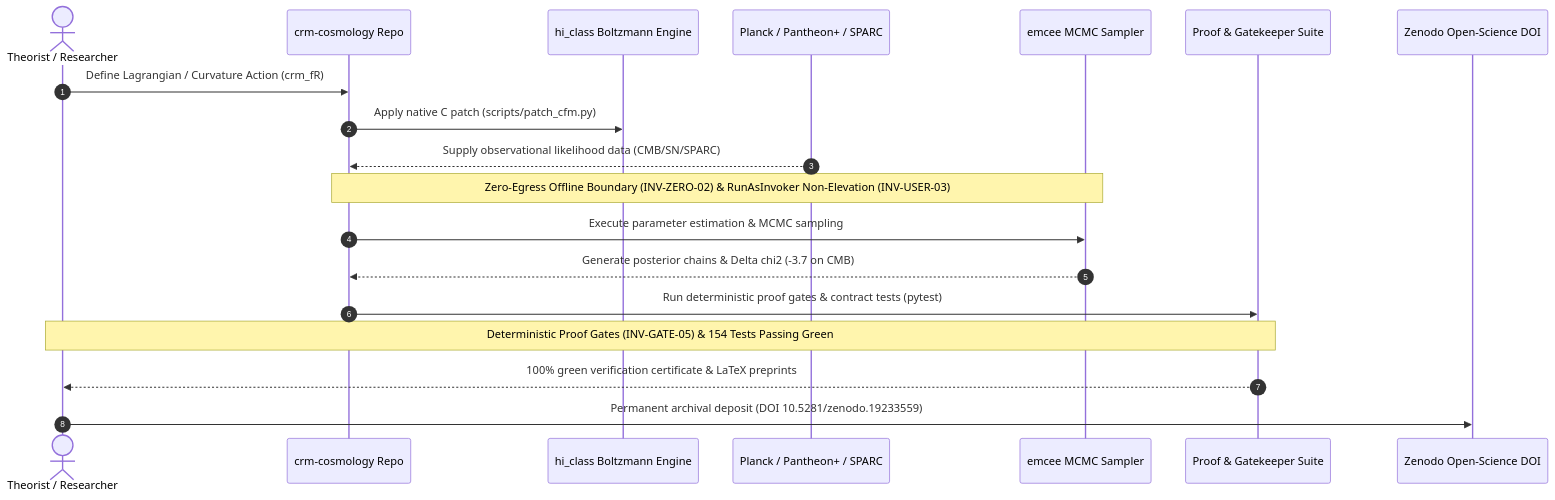
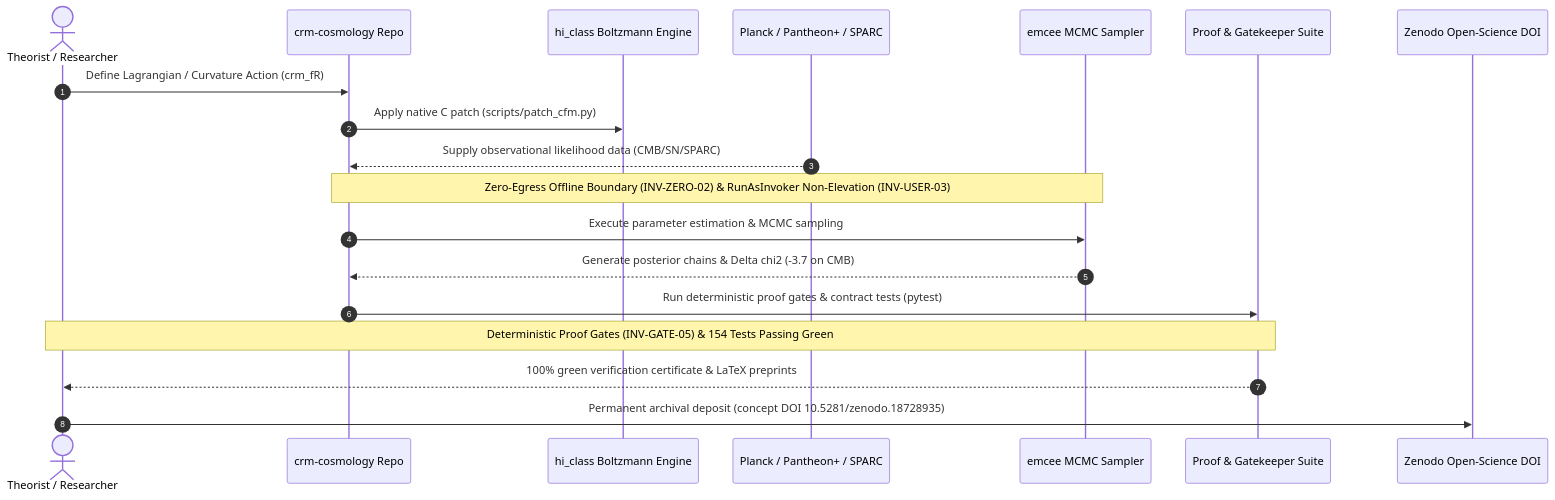
Before and after one commit to research-line/crm-cosmology: the second of 2 diagrams in README.md, drawn with Mermaid. The commit also changed other lines of this file and 2 other files, not shown here.

Commit message:
docs: point README/llms.txt to the live Zenodo v8.4 record
README.md, README_de.md and llms.txt still named Zenodo v7.0
(10.5281/zenodo.19233559) as the latest record, while CITATION.cff and
the live concept record already resolve to v8.4 (10.5281/zenodo.21946248,
published 2026-08-15; verified via the Zenodo API on 2026-11-14).
The sequence diagrams now cite the stable concept DOI 10.5281/zenodo.18728935.
The frozen Python package version 1.3.2 is unchanged.

Tests: 159 passed.

Claude-Session: https://claude.ai/code/session_01THB2EzapPwvqa6FGdfXZwN

````diff
--- a/README.md
+++ b/README.md
@@ -250,22 +250,22 @@
 ```mermaid
 sequenceDiagram
     autonumber
     actor Theorist as Theorist / Researcher
     participant Repo as crm-cosmology Repo
     participant Solver as hi_class Boltzmann Engine
     participant Data as Planck / Pantheon+ / SPARC
     participant Sampler as emcee MCMC Sampler
     participant Gates as Proof & Gatekeeper Suite
     participant Zenodo as Zenodo Open-Science DOI
 
     Theorist->>Repo: Define Lagrangian / Curvature Action (crm_fR)
     Repo->>Solver: Apply native C patch (scripts/patch_cfm.py)
     Data-->>Repo: Supply observational likelihood data (CMB/SN/SPARC)
     Note over Repo,Sampler: Zero-Egress Offline Boundary (INV-ZERO-02) & RunAsInvoker Non-Elevation (INV-USER-03)
     Repo->>Sampler: Execute parameter estimation & MCMC sampling
     Sampler-->>Repo: Generate posterior chains & Delta chi2 (-3.7 on CMB)
     Repo->>Gates: Run deterministic proof gates & contract tests (pytest)
     Note over Gates,Theorist: Deterministic Proof Gates (INV-GATE-05) & 154 Tests Passing Green
     Gates-->>Theorist: 100% green verification certificate & LaTeX preprints
-    Theorist->>Zenodo: Permanent archival deposit (DOI 10.5281/zenodo.19233559)
+    Theorist->>Zenodo: Permanent archival deposit (concept DOI 10.5281/zenodo.18728935)
 ```
````
